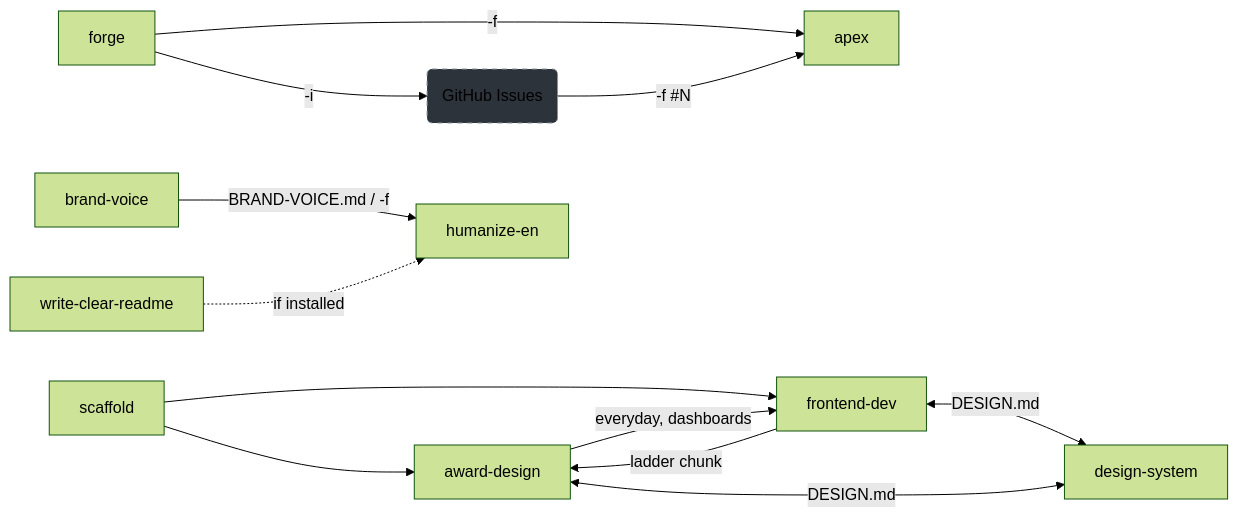
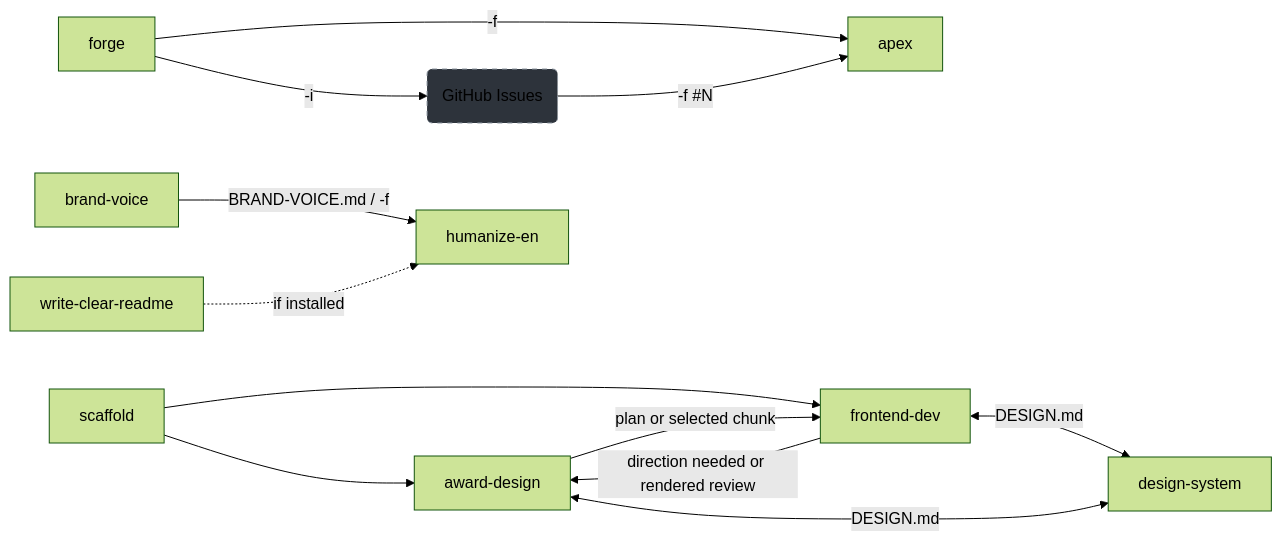
One commit to coroboros/agent-skills changed the diagram in README.md. Above: the diagram before and after it, drawn with Mermaid (forest theme). The commit also changed other lines of this file and 248 other files, not shown here.

````diff
--- a/README.md
+++ b/README.md
@@ -1275,18 +1291,18 @@
 ```mermaid
 graph LR
   forge -->|"-f"| apex
   forge -->|"-i"| issues(GitHub Issues)
   issues -->|"-f #N"| apex
 
   scaffold --> award-design
   scaffold --> frontend-dev
-  frontend-dev -->|ladder chunk| award-design
-  award-design -->|everyday, dashboards| frontend-dev
+  frontend-dev -->|direction needed or rendered review| award-design
+  award-design -->|plan or selected chunk| frontend-dev
   frontend-dev <-->|DESIGN.md| design-system
   award-design <-->|DESIGN.md| design-system
 
   brand-voice -->|"BRAND-VOICE.md / -f"| humanize-en
   write-clear-readme -.->|if installed| humanize-en
 
   style issues fill:#2d333b,stroke:#8b949e,stroke-dasharray: 5 5
 ```
````
